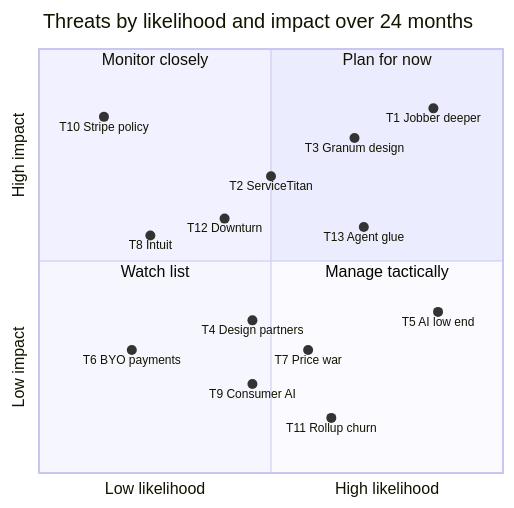
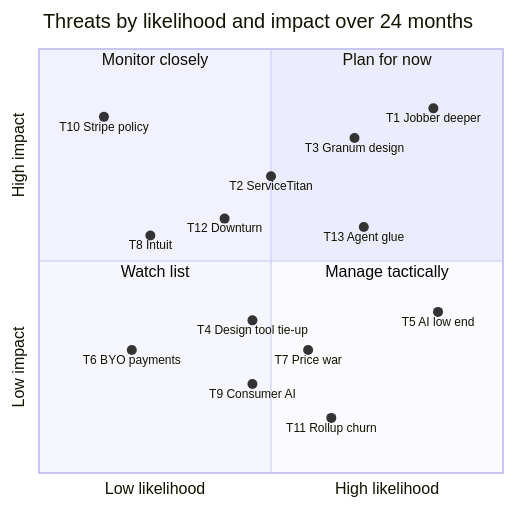
The eighth of 12 diagrams in docs/01-market-landscape.md (jdinard/landscape), drawn with Mermaid before and after one commit. The commit also changed other lines of this file and 42 other files, not shown here.

````diff
--- a/docs/01-market-landscape.md
+++ b/docs/01-market-landscape.md
@@ -952,23 +951,23 @@
 ```mermaid
 quadrantChart
     title Threats by likelihood and impact over 24 months
     x-axis Low likelihood --> High likelihood
     y-axis Low impact --> High impact
     quadrant-1 Plan for now
     quadrant-2 Monitor closely
     quadrant-3 Watch list
     quadrant-4 Manage tactically
     T1 Jobber deeper: [0.85, 0.86]
     T2 ServiceTitan: [0.50, 0.70]
     T3 Granum design: [0.68, 0.79]
-    T4 Design partners: [0.46, 0.36]
+    T4 Design tool tie-up: [0.46, 0.36]
     T5 AI low end: [0.86, 0.38]
     T6 BYO payments: [0.20, 0.29]
     T7 Price war: [0.58, 0.29]
     T8 Intuit: [0.24, 0.56]
     T9 Consumer AI: [0.46, 0.21]
     T10 Stripe policy: [0.14, 0.84]
     T11 Rollup churn: [0.63, 0.13]
     T12 Downturn: [0.40, 0.60]
     T13 Agent glue: [0.70, 0.58]
 ```
````
